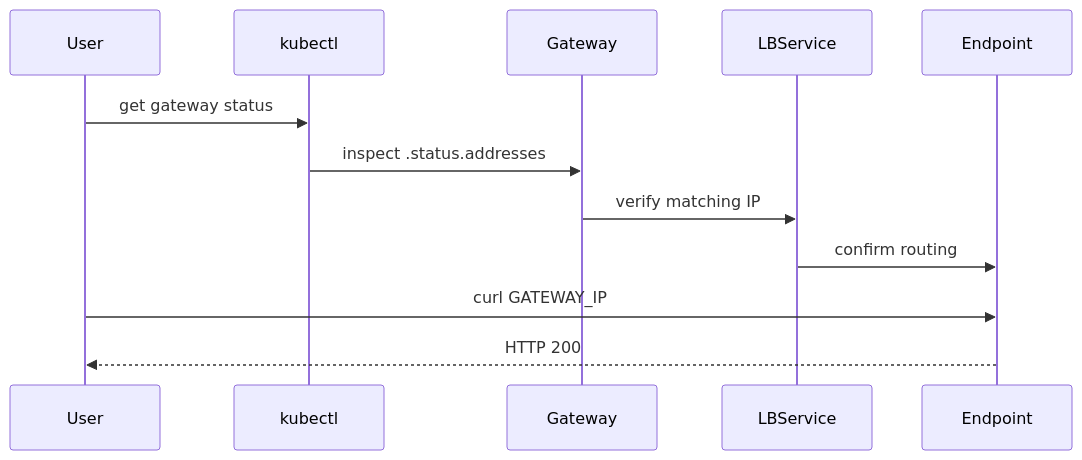
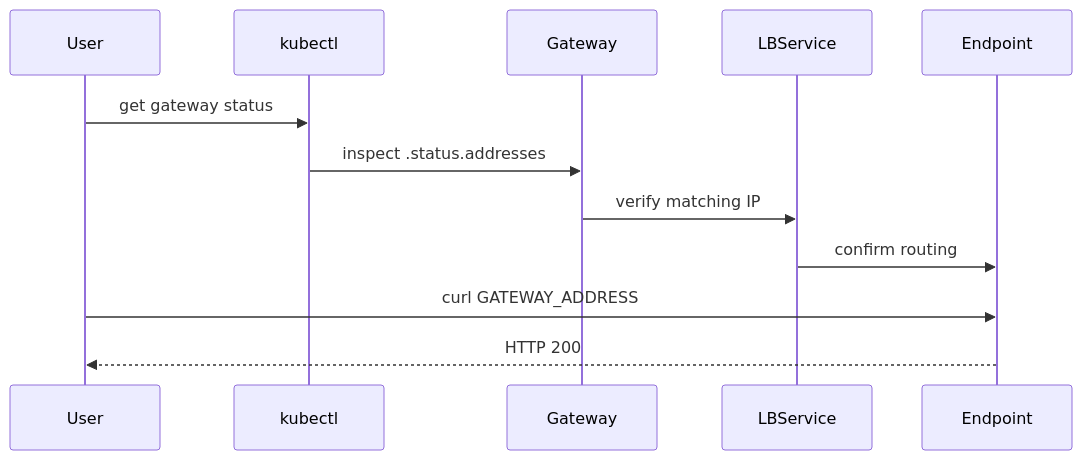
One commit to OneUptime/blog changed the diagram in posts/2026-03-13-validate-cilium-gateway-api-addresses-support/README.md. Above: the diagram before and after it, drawn with Mermaid. The commit also changed other lines of this file and 2 other files, not shown here.

Commit message:
validate: 2026-03-13-validate-cilium-gateway-api-addresses-support

````diff
--- a/posts/2026-03-13-validate-cilium-gateway-api-addresses-support/README.md
+++ b/posts/2026-03-13-validate-cilium-gateway-api-addresses-support/README.md
@@ -65,15 +71,15 @@
 ```mermaid
 sequenceDiagram
     participant User
     participant kubectl
     participant Gateway
     participant LBService
     participant Endpoint
 
     User->>kubectl: get gateway status
     kubectl->>Gateway: inspect .status.addresses
     Gateway->>LBService: verify matching IP
     LBService->>Endpoint: confirm routing
-    User->>Endpoint: curl GATEWAY_IP
+    User->>Endpoint: curl GATEWAY_ADDRESS
     Endpoint-->>User: HTTP 200
 ```
````
